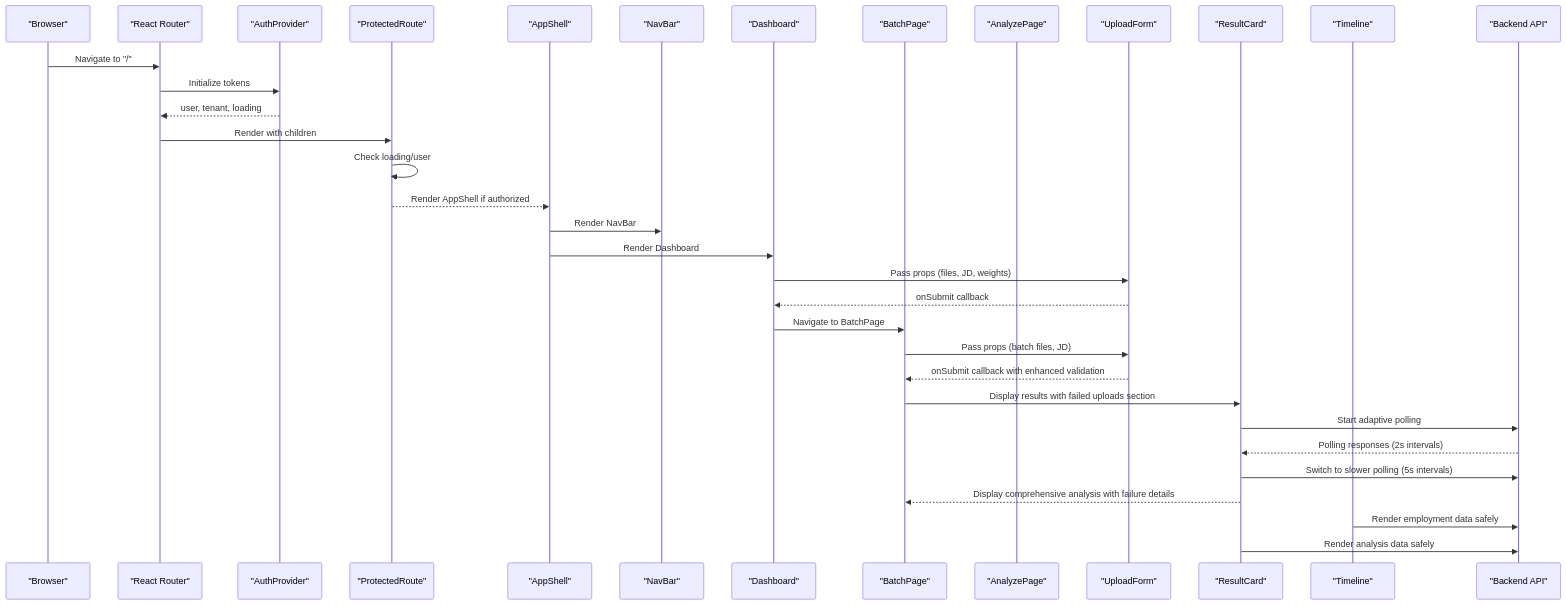
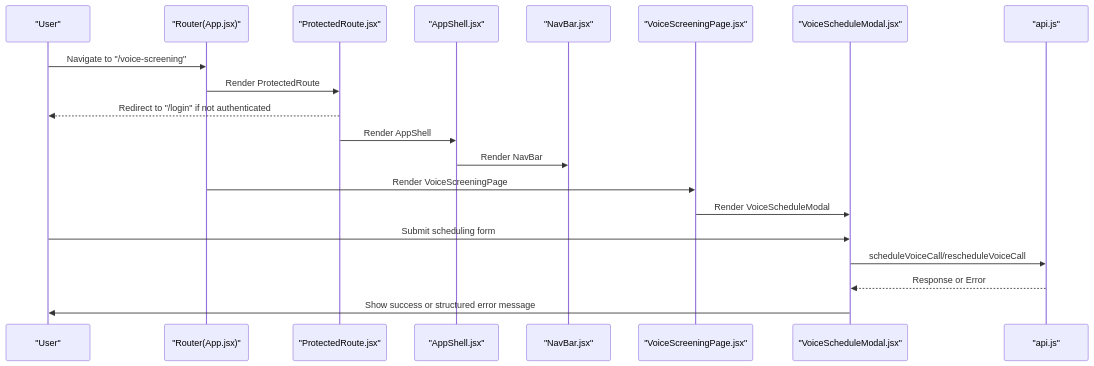
Before and after one commit to Revanththetalogics/aireume: the second of 12 diagrams in .qoder/repowiki/en/content/Frontend Architecture/Component Library/Component Library.md, drawn with Mermaid. The commit also changed other lines of this file and 39 other files, not shown here.

````diff
--- a/.qoder/repowiki/en/content/Frontend Architecture/Component Library/Component Library.md
+++ b/.qoder/repowiki/en/content/Frontend Architecture/Component Library/Component Library.md
@@ -167,36 +201,22 @@
 ```mermaid
 sequenceDiagram
-participant Browser as "Browser"
-participant Router as "React Router"
-participant Auth as "AuthProvider"
-participant Guard as "ProtectedRoute"
-participant Shell as "AppShell"
-participant Nav as "NavBar"
-participant Page as "Dashboard"
-participant Batch as "BatchPage"
-participant Analyze as "AnalyzePage"
-participant Form as "UploadForm"
-participant Result as "ResultCard"
-participant Timeline as "Timeline"
-participant Backend as "Backend API"
-Browser->>Router : Navigate to "/"
-Router->>Auth : Initialize tokens
-Auth-->>Router : user, tenant, loading
-Router->>Guard : Render with children
-Guard->>Guard : Check loading/user
-Guard-->>Shell : Render AppShell if authorized
-Shell->>Nav : Render NavBar
-Shell->>Page : Render Dashboard
-Page->>Form : Pass props (files, JD, weights)
-Form-->>Page : onSubmit callback
-Page->>Batch : Navigate to BatchPage
-Batch->>Form : Pass props (batch files, JD)
-Form-->>Batch : onSubmit callback with enhanced validation
-Batch->>Result : Display results with failed uploads section
-Result->>Backend : Start adaptive polling
-Backend-->>Result : Polling responses (2s intervals)
-Result->>Backend : Switch to slower polling (5s intervals)
-Result-->>Batch : Display comprehensive analysis with failure details
-Timeline->>Backend : Render employment data safely
-Result->>Backend : Render analysis data safely
+participant U as "User"
+participant R as "Router(App.jsx)"
+participant P as "ProtectedRoute.jsx"
+participant S as "AppShell.jsx"
+participant N as "NavBar.jsx"
+participant VP as "VoiceScreeningPage.jsx"
+participant VM as "VoiceScheduleModal.jsx"
+participant API as "api.js"
+U->>R : Navigate to "/voice-screening"
+R->>P : Render ProtectedRoute
+P-->>U : Redirect to "/login" if not authenticated
+P->>S : Render AppShell
+S->>N : Render NavBar
+R->>VP : Render VoiceScreeningPage
+VP->>VM : Render VoiceScheduleModal
+U->>VM : Submit scheduling form
+VM->>API : scheduleVoiceCall/rescheduleVoiceCall
+API-->>VM : Response or Error
+VM->>U : Show success or structured error message
 ```
````
